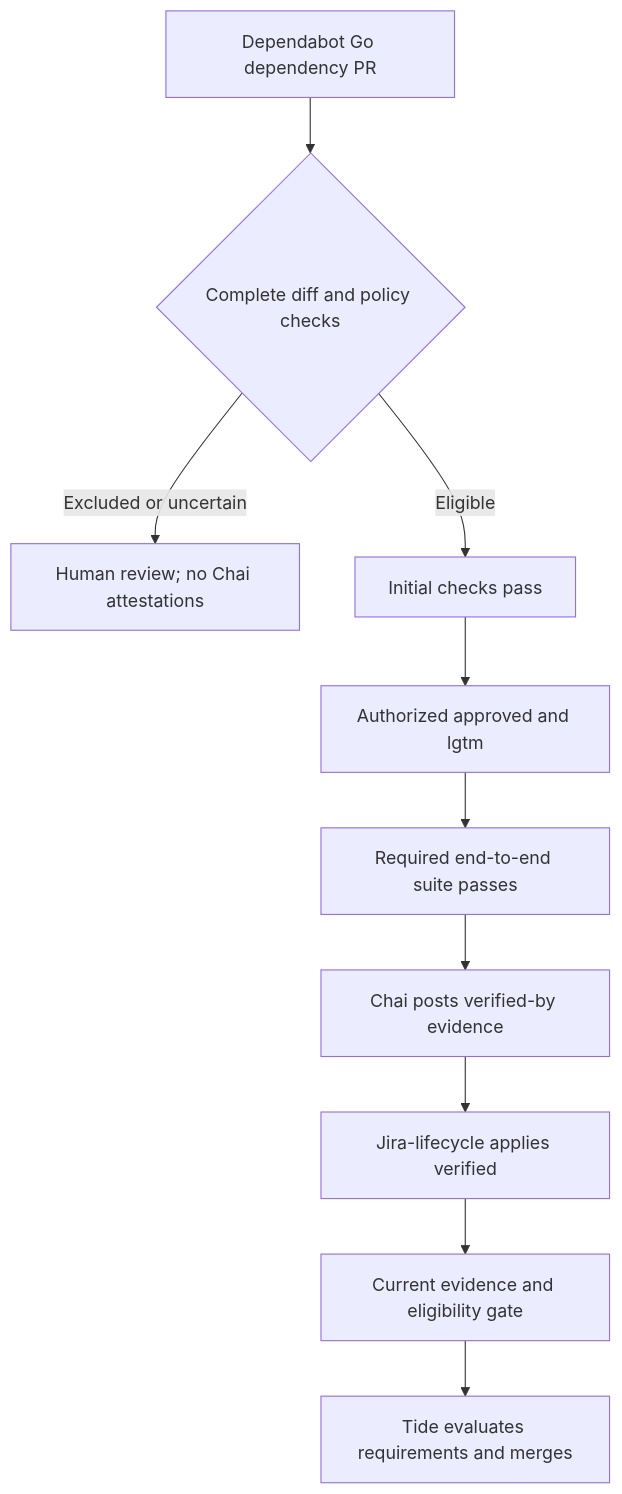
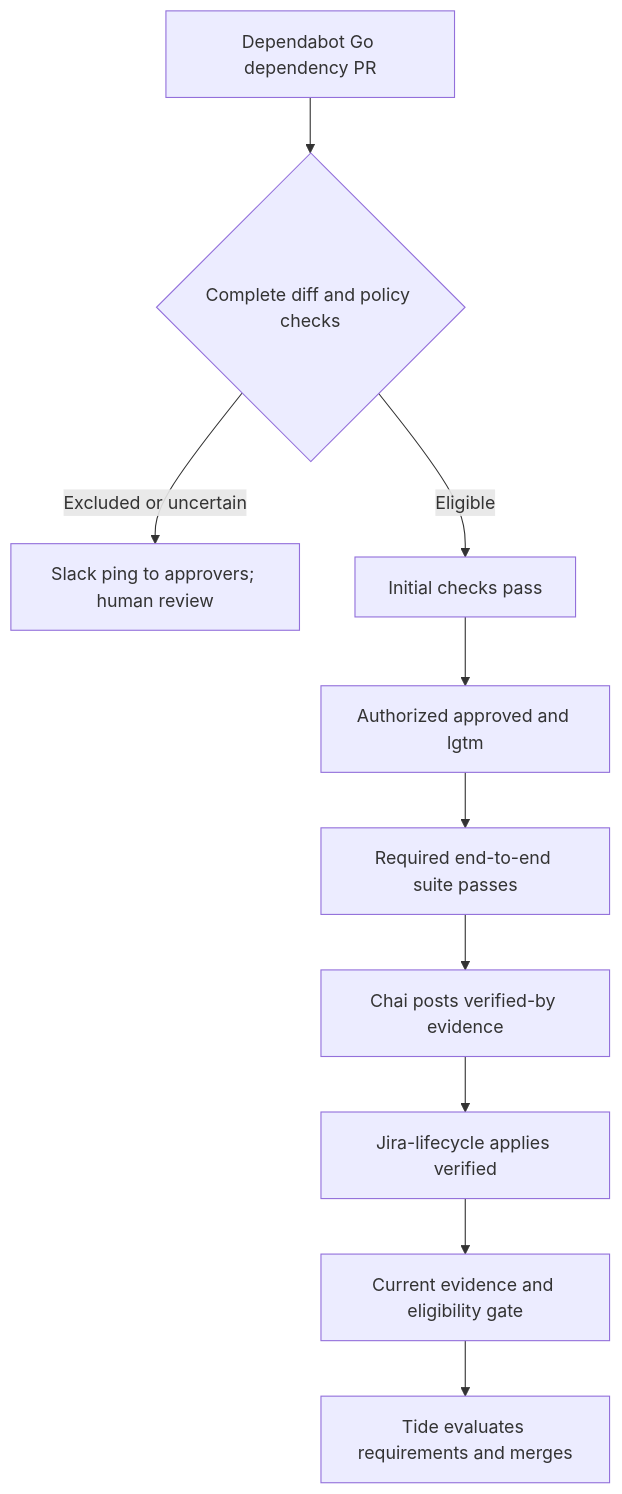
Before and after one commit to openshift/enhancements: the diagram in enhancements/hypershift/automated-dependabot-pr-management.md, drawn with Mermaid. The commit also changed other lines of this file, not shown here.

First line of the commit message:
docs(hypershift): describe Slack handoff for dependency review

````diff
--- a/enhancements/hypershift/automated-dependabot-pr-management.md
+++ b/enhancements/hypershift/automated-dependabot-pr-management.md
@@ -101,12 +101,12 @@
 ```mermaid
 flowchart TD
     PR[Dependabot Go dependency PR] --> C{Complete diff and policy checks}
-    C -->|Excluded or uncertain| H[Human review; no Chai attestations]
+    C -->|Excluded or uncertain| H[Slack ping to approvers; human review]
     C -->|Eligible| I[Initial checks pass]
     I --> A[Authorized approved and lgtm]
     A --> E[Required end-to-end suite passes]
     E --> V[Chai posts verified-by evidence]
     V --> J[Jira-lifecycle applies verified]
     J --> G[Current evidence and eligibility gate]
     G --> T[Tide evaluates requirements and merges]
 ```
````
